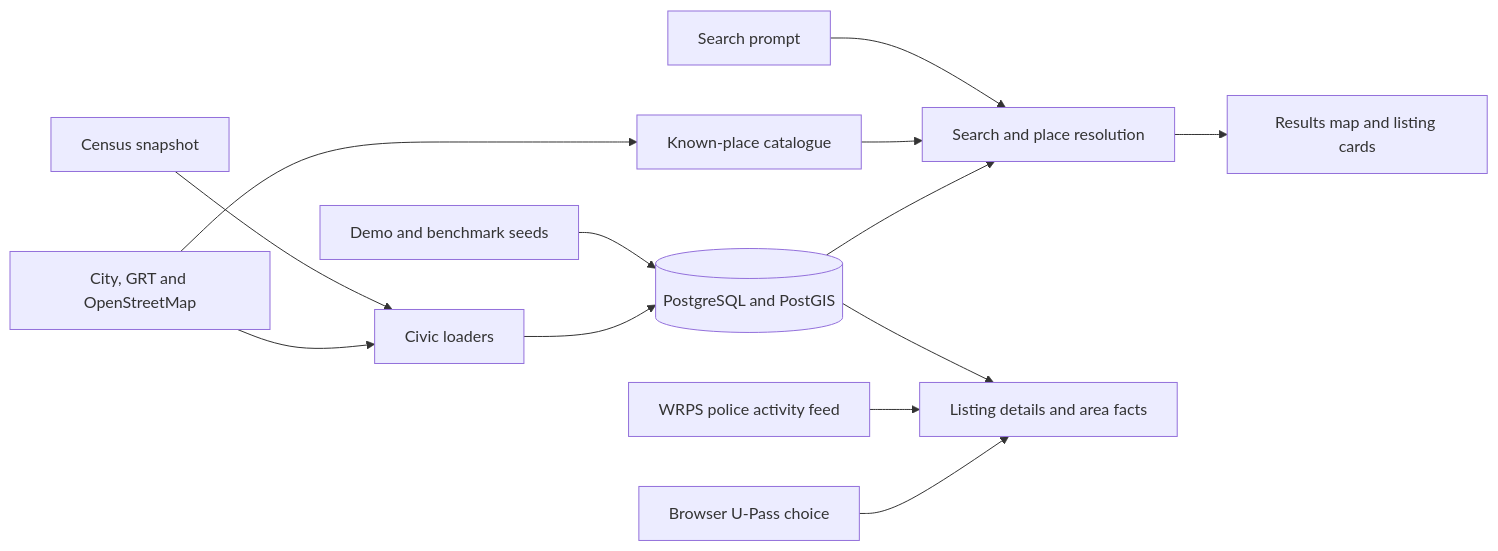
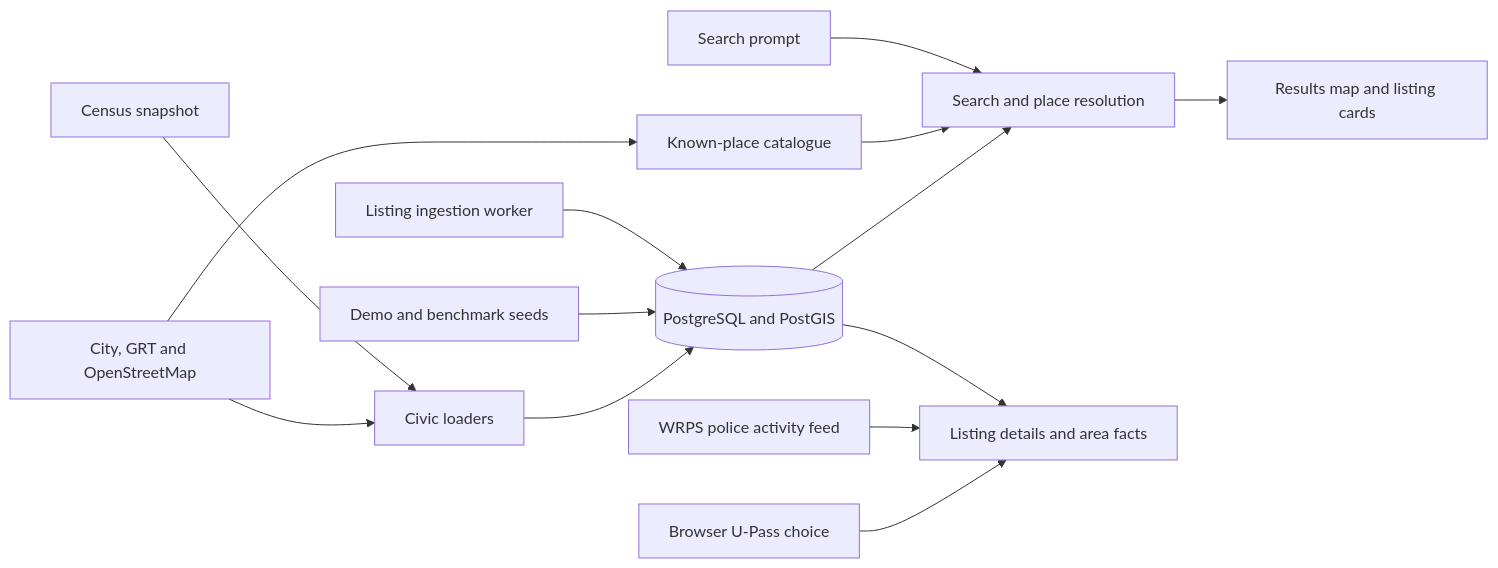
One commit to aqeelzow/Rent-the-6ix changed the diagram in docs/architecture/Waterloo.md. Above: the diagram before and after it, drawn with Mermaid. The commit also changed other lines of this file and 1 other file, not shown here.

Commit message:
Document the Waterloo search architecture

````diff
--- a/docs/architecture/Waterloo.md
+++ b/docs/architecture/Waterloo.md
@@ -13,15 +13,16 @@
 ```mermaid
 flowchart LR
   Census[Census snapshot] --> Load[Civic loaders]
   Feeds[City, GRT and OpenStreetMap] --> Load
+  Worker[Listing ingestion worker] --> DB
   Seeds[Demo and benchmark seeds] --> DB[(PostgreSQL and PostGIS)]
   Load --> DB
   Feeds --> Places[Known-place catalogue]
   Prompt[Search prompt] --> Search[Search and place resolution]
   Places --> Search
   DB --> Search
   Search --> Map[Results map and listing cards]
   DB --> Facts[Listing details and area facts]
   WRPS[WRPS police activity feed] --> Facts
   Pref[Browser U-Pass choice] --> Facts
 ```
````
